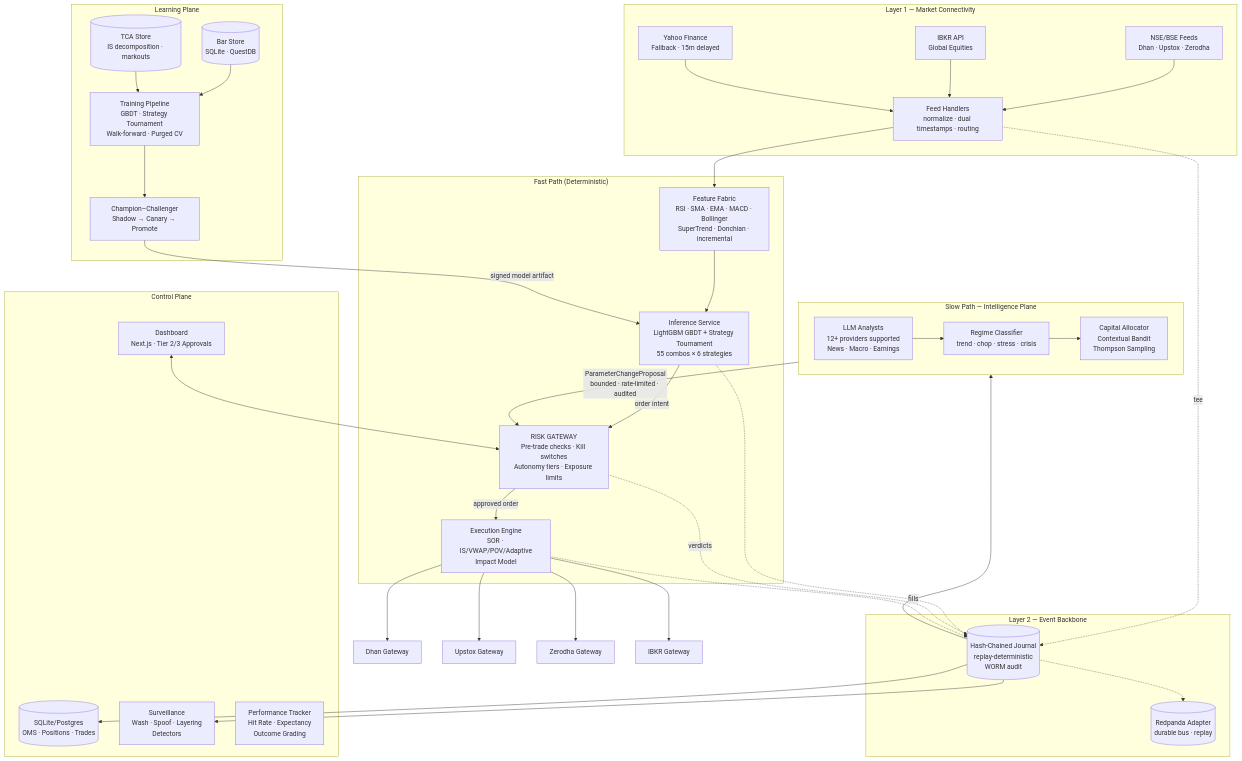
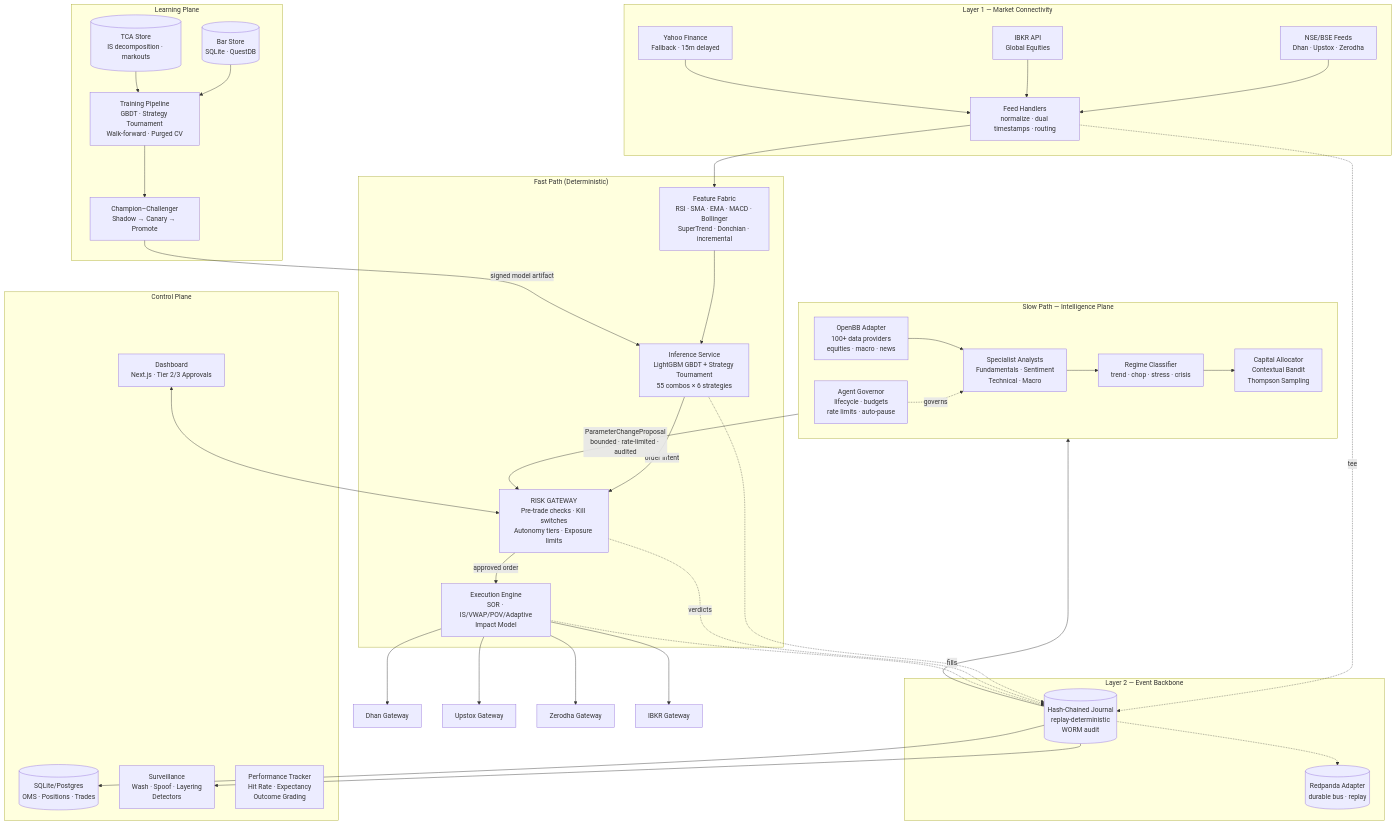
Before and after one commit to abrar99966/Multi-Agent-Enterprise-Trading-Bot: the diagram in docs/architecture.md, drawn with Mermaid. The commit also changed other lines of this file and 3 other files, not shown here.

````diff
--- a/docs/architecture.md
+++ b/docs/architecture.md
@@ -9,63 +9,67 @@
 ```mermaid
 graph TB
     subgraph L1["Layer 1 — Market Connectivity"]
         NSE["NSE/BSE Feeds<br/>Dhan · Upstox · Zerodha"]
         IBKR_FEED["IBKR API<br/>Global Equities"]
         YAHOO["Yahoo Finance<br/>Fallback · 15m delayed"]
         FH["Feed Handlers<br/>normalize · dual timestamps · routing"]
         NSE --> FH
         IBKR_FEED --> FH
         YAHOO --> FH
     end
 
     subgraph FAST["Fast Path (Deterministic)"]
         FF["Feature Fabric<br/>RSI · SMA · EMA · MACD · Bollinger<br/>SuperTrend · Donchian · incremental"]
         INF["Inference Service<br/>LightGBM GBDT + Strategy Tournament<br/>55 combos × 6 strategies"]
         RG["RISK GATEWAY<br/>Pre-trade checks · Kill switches<br/>Autonomy tiers · Exposure limits"]
         EX["Execution Engine<br/>SOR · IS/VWAP/POV/Adaptive<br/>Impact Model"]
         FH --> FF --> INF -->|"order intent"| RG -->|"approved order"| EX
     end
 
     EX --> B1["Dhan Gateway"]
     EX --> B2["Upstox Gateway"]
     EX --> B3["Zerodha Gateway"]
     EX --> B4["IBKR Gateway"]
 
     subgraph BUS["Layer 2 — Event Backbone"]
         JRN[("Hash-Chained Journal<br/>replay-deterministic<br/>WORM audit")]
         RP[("Redpanda Adapter<br/>durable bus · replay")]
     end
     FH -.tee.-> JRN
     INF -.-> JRN
     RG -.verdicts.-> JRN
     EX -.fills.-> JRN
     JRN -.-> RP
 
     subgraph SLOW["Slow Path — Intelligence Plane"]
-        LLM["LLM Analysts<br/>12+ providers supported<br/>News · Macro · Earnings"]
+        OPENBB["OpenBB Adapter<br/>100+ data providers<br/>equities · macro · news"]
+        LLM["Specialist Analysts<br/>Fundamentals · Sentiment<br/>Technical · Macro"]
+        GOV["Agent Governor<br/>lifecycle · budgets<br/>rate limits · auto-pause"]
         REG["Regime Classifier<br/>trend · chop · stress · crisis"]
         ALLOC["Capital Allocator<br/>Contextual Bandit<br/>Thompson Sampling"]
+        OPENBB --> LLM
         LLM --> REG --> ALLOC
+        GOV -.governs.-> LLM
     end
     JRN --> SLOW
     SLOW -->|"ParameterChangeProposal<br/>bounded · rate-limited · audited"| RG
 
     subgraph LEARN["Learning Plane"]
         DS[("Bar Store<br/>SQLite · QuestDB")]
         TCA_DB[("TCA Store<br/>IS decomposition · markouts")]
         TRAIN["Training Pipeline<br/>GBDT · Strategy Tournament<br/>Walk-forward · Purged CV"]
         SHADOW["Champion–Challenger<br/>Shadow → Canary → Promote"]
         DS --> TRAIN --> SHADOW -->|"signed model artifact"| INF
         TCA_DB --> TRAIN
     end
 
     subgraph OPS["Control Plane"]
         OMS[("SQLite/Postgres<br/>OMS · Positions · Trades")]
         DASH["Dashboard<br/>Next.js · Tier 2/3 Approvals"]
         SURV["Surveillance<br/>Wash · Spoof · Layering<br/>Detectors"]
         PERF["Performance Tracker<br/>Hit Rate · Expectancy<br/>Outcome Grading"]
     end
     JRN --> OMS
     JRN --> SURV
     DASH <--> RG
 ```
````
